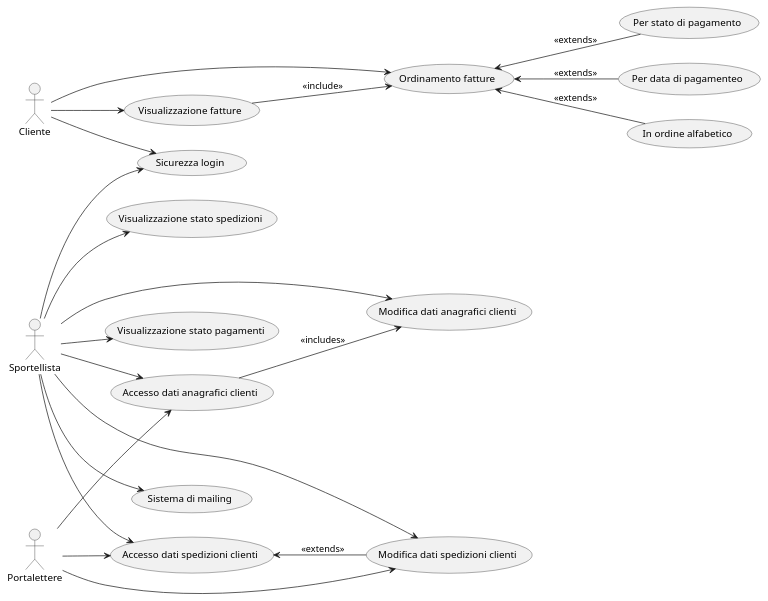
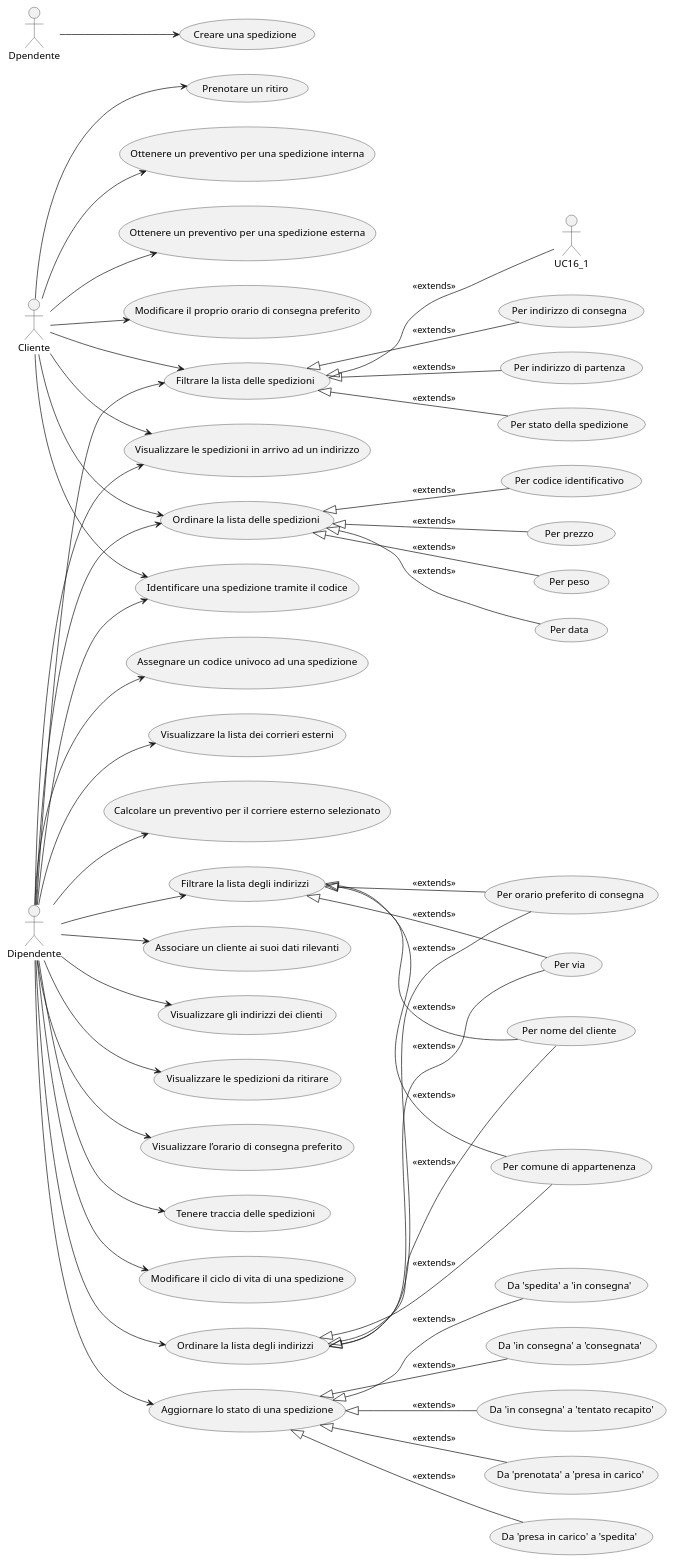
Before and after one commit to Zi0LEO/SistemiInformativi: the diagram in report/umlDiagrams/usecase_2.puml, drawn with PlantUML. The commit also changed 8 other files, not shown here.

```diff
--- a/report/umlDiagrams/usecase_2.puml
+++ b/report/umlDiagrams/usecase_2.puml
@@ -1,50 +1,99 @@
 @startuml
 
 left to right direction
+actor Cliente
+actor Dipendente
 
-actor Cliente
-actor Sportellista
-actor Portalettere
+usecase "Associare un cliente ai suoi dati rilevanti" as UC1
+usecase "Visualizzare gli indirizzi dei clienti" as UC2
+usecase "Visualizzare le spedizioni in arrivo ad un indirizzo" as UC3
+usecase "Visualizzare le spedizioni da ritirare" as UC4
+usecase "Creare una spedizione" as UC5
+usecase "Prenotare un ritiro" as UC6
+usecase "Ottenere un preventivo per una spedizione interna" as UC7
+usecase "Ottenere un preventivo per una spedizione esterna" as UC8
+usecase "Visualizzare l’orario di consegna preferito" as UC9
+usecase "Modificare il proprio orario di consegna preferito" as UC10
+usecase "Tenere traccia delle spedizioni" as UC11
+usecase "Modificare il ciclo di vita di una spedizione" as UC12
+usecase "Aggiornare lo stato di una spedizione" as UC13
+usecase "Filtrare la lista degli indirizzi" as UC14
+usecase "Ordinare la lista degli indirizzi" as UC15
+usecase "Filtrare la lista delle spedizioni" as UC16
+usecase "Ordinare la lista delle spedizioni" as UC17
+usecase "Assegnare un codice univoco ad una spedizione" as UC18
+usecase "Identificare una spedizione tramite il codice" as UC19
+usecase "Visualizzare la lista dei corrieri esterni" as UC20
+usecase "Calcolare un preventivo per il corriere esterno selezionato" as UC21
 
-usecase "Visualizzazione fatture" as UC12
-usecase "Ordinamento fatture" as UC11
-usecase "Sicurezza login" as UC13
-usecase "Visualizzazione stato spedizioni" as UC14
-usecase "Visualizzazione stato pagamenti" as UC15
-usecase "Accesso dati anagrafici clienti" as UC16
-usecase "Modifica dati anagrafici clienti" as UC17
-usecase "Accesso dati spedizioni clienti" as UC18
-usecase "Modifica dati spedizioni clienti" as UC19
-usecase "Sistema di mailing" as UC20
-usecase "Per stato di pagamento" as UC21 
-usecase "Per data di pagamenteo" as UC22
-usecase "In ordine alfabetico" as UC23
+usecase "Da 'prenotata' a 'presa in carico'" as UC13_1
+usecase "Da 'presa in carico' a 'spedita'" as UC13_2
+usecase "Da 'spedita' a 'in consegna'" as UC13_3
+usecase "Da 'in consegna' a 'consegnata'" as UC13_4
+usecase "Da 'in consegna' a 'tentato recapito'" as UC13_5
 
-Cliente --> UC11
-Cliente --> UC12
-Cliente --> UC13
+usecase "Per comune di appartenenza" as UC14_1
+usecase "Per via" as UC14_2
+usecase "Per nome del cliente" as UC14_3
+usecase "Per orario preferito di consegna" as UC14_4
 
-Sportellista --> UC13
-Sportellista --> UC14
-Sportellista --> UC15
-Sportellista --> UC16
-Sportellista --> UC17
-Sportellista --> UC18
-Sportellista --> UC19
-Sportellista --> UC20
-Portalettere --> UC16
-Portalettere --> UC18
-Portalettere --> UC19
+usecase "Per indirizzo di consegna" as UC16_2
+usecase "Per indirizzo di partenza" as UC16_3
+usecase "Per stato della spedizione" as UC16_4
 
-UC16 --> UC17 : <<includes>>
-UC18 <-- UC19 : <<extends>>
-UC12 --> UC11 : <<include>>
+usecase "Per prezzo" as UC17_1
+usecase "Per peso" as UC17_2
+usecase "Per data" as UC17_3
+usecase "Per codice identificativo" as UC17_4
 
-UC11 <-- UC21 :<<extends>>
-UC11 <-- UC22 :<<extends>>
-UC11 <-- UC23 :<<extends>>
+Dipendente --> UC1
+Dipendente --> UC2
+Dipendente --> UC3
+Cliente --> UC3
+Dipendente --> UC4
+Dpendente --> UC5
+Cliente --> UC6
+Cliente --> UC7
+Cliente --> UC8
+Dipendente --> UC9
+Cliente --> UC10
+Dipendente --> UC11
+Dipendente --> UC12
+Dipendente --> UC13
+Dipendente --> UC14
+Dipendente --> UC15
+Dipendente --> UC16
+Cliente --> UC16
+Dipendente --> UC17
+Cliente --> UC17
+Dipendente --> UC18
+Dipendente --> UC19
+Cliente --> UC19
+Dipendente --> UC20
+Dipendente --> UC21
 
+UC13 <|-- UC13_1: <<extends>>
+UC13 <|-- UC13_2: <<extends>>
+UC13 <|-- UC13_3: <<extends>>
+UC13 <|-- UC13_4: <<extends>>
+UC13 <|-- UC13_5: <<extends>>
+UC14 <|-- UC14_1: <<extends>>
+UC14 <|-- UC14_2: <<extends>>
+UC14 <|-- UC14_3: <<extends>>
+UC14 <|-- UC14_4: <<extends>>
+UC15 <|-- UC14_1: <<extends>>
+UC15 <|-- UC14_2: <<extends>>
+UC15 <|-- UC14_3: <<extends>>
+UC15 <|-- UC14_4: <<extends>>
 
+UC16 <|-- UC16_1 : <<extends>>
+UC16 <|-- UC16_2 : <<extends>>
+UC16 <|-- UC16_3 : <<extends>>
+UC16 <|-- UC16_4 : <<extends>>
 
+UC17 <|-- UC17_1 : <<extends>>
+UC17 <|-- UC17_2 : <<extends>>
+UC17 <|-- UC17_3 : <<extends>>
+UC17 <|-- UC17_4 : <<extends>>
 
 @enduml
```
